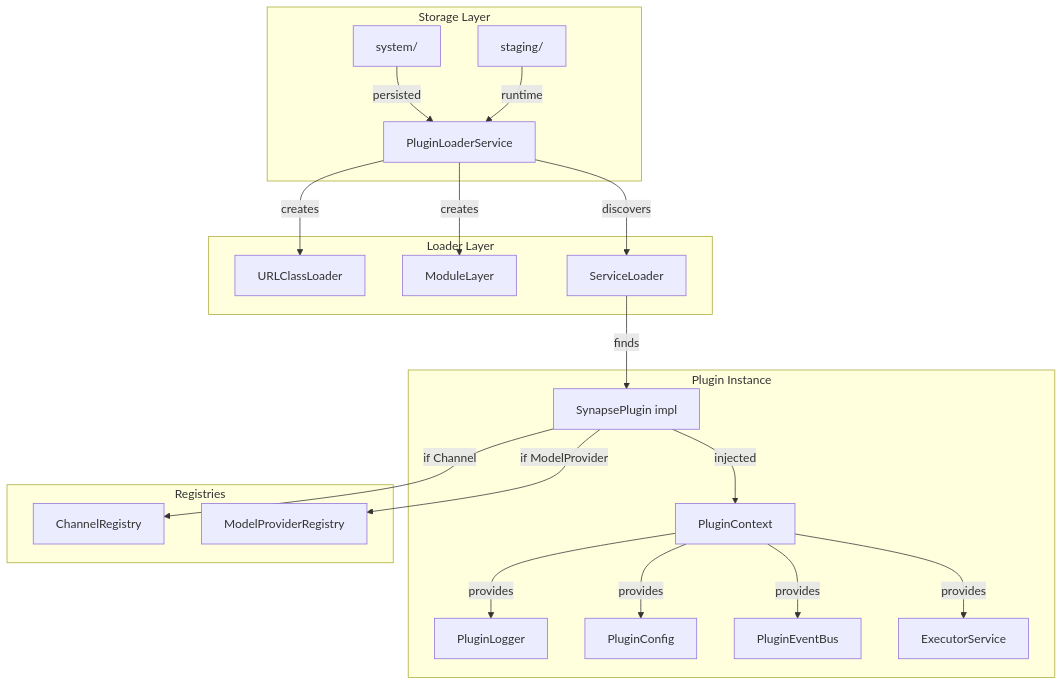
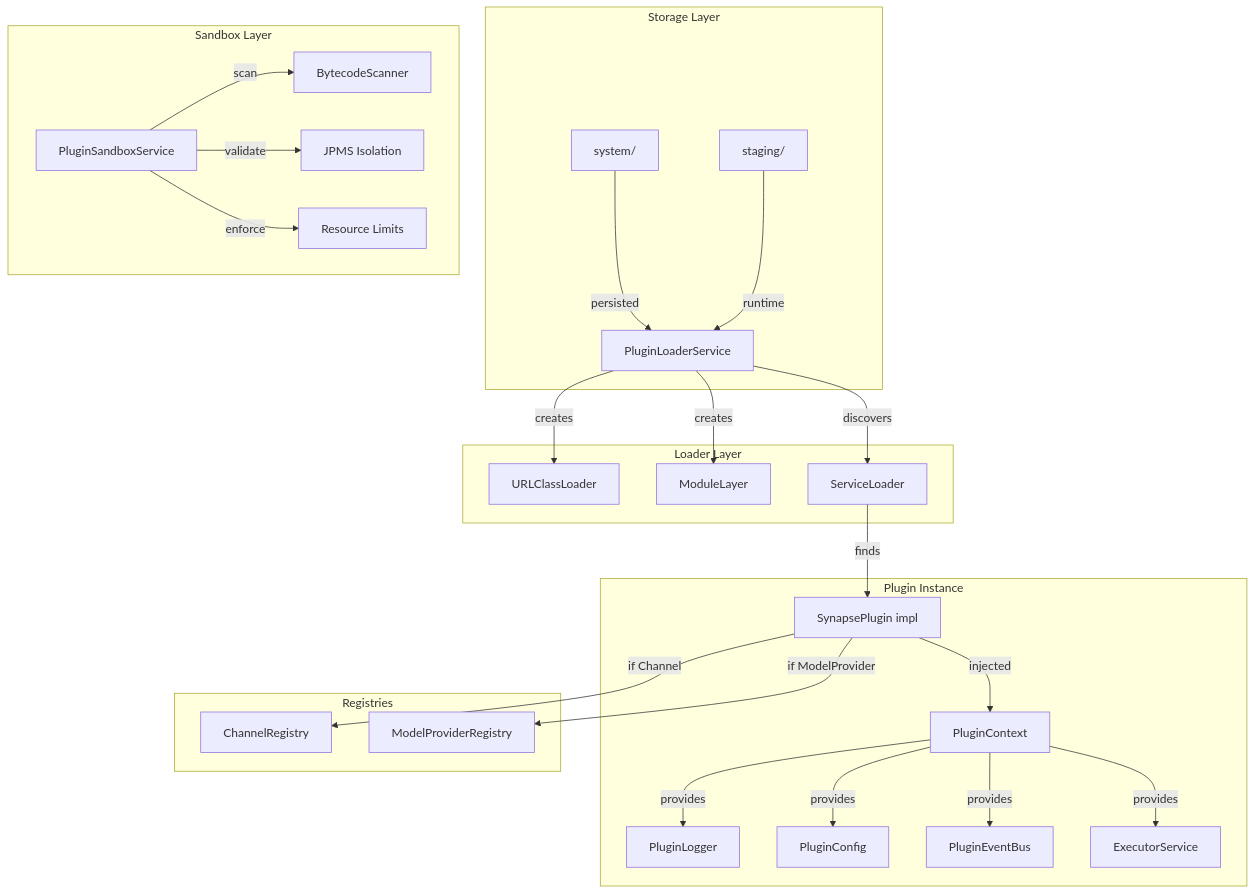
The diagram in docs/plugins/development/plugin-loader.mdx (FT-Nova/Synapse-docs), drawn with Mermaid before and after one commit. The commit also changed other lines of this file, not shown here.

````diff
--- a/docs/plugins/development/plugin-loader.mdx
+++ b/docs/plugins/development/plugin-loader.mdx
@@ -12,27 +12,33 @@
 ```mermaid
 graph TB
     subgraph "Storage Layer"
         S[system/] --> |persisted| L[PluginLoaderService]
         ST[staging/] --> |runtime| L
+    end
+
+    subgraph "Sandbox Layer"
+        SB[PluginSandboxService] --> |scan| BS[BytecodeScanner]
+        SB --> |validate| JPMS[JPMS Isolation]
+        SB --> |enforce| RL[Resource Limits]
     end
 
     subgraph "Loader Layer"
         L --> |creates| CL[URLClassLoader]
         L --> |creates| ML[ModuleLayer]
         L --> |discovers| SL[ServiceLoader]
     end
 
     subgraph "Plugin Instance"
         SL --> |finds| PI[SynapsePlugin impl]
         PI --> |injected| PC[PluginContext]
         PC --> |provides| PL[PluginLogger]
         PC --> |provides| CFG[PluginConfig]
         PC --> |provides| EB[PluginEventBus]
         PC --> |provides| EX[ExecutorService]
     end
 
     subgraph "Registries"
         PI --> |if Channel| CR[ChannelRegistry]
         PI --> |if ModelProvider| MR[ModelProviderRegistry]
     end
 ```
````
